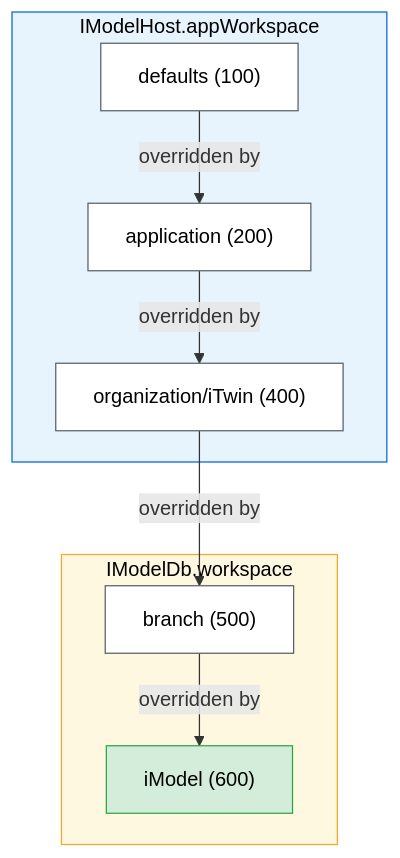
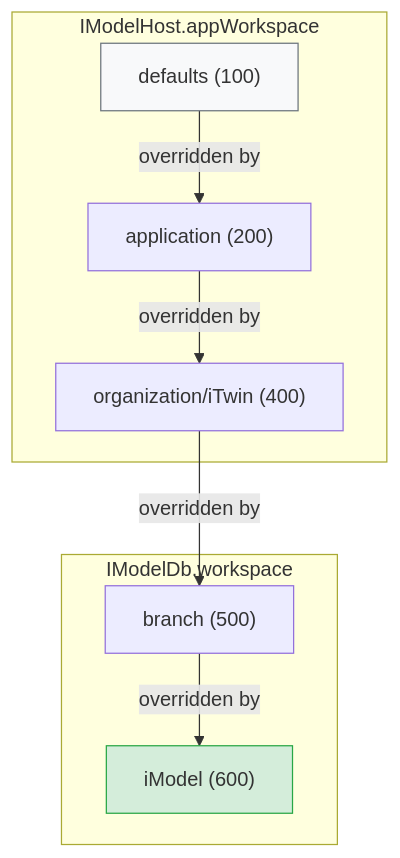
Before and after one commit to iTwin/itwinjs-core: the second of 2 diagrams in docs/learning/backend/WorkspacesAndSettings.md, drawn with Mermaid.

Commit message:
Fix scope layering wording and add rush change file
Clarify that getITwinWorkspace is independent from appWorkspace/IModelDb.workspace
priority stack, addressing reviewer feedback on conflicting table description.

````diff
--- a/docs/learning/backend/WorkspacesAndSettings.md
+++ b/docs/learning/backend/WorkspacesAndSettings.md
@@ -67,26 +67,21 @@
 ```mermaid
 graph TD
     subgraph AppWorkspace["IModelHost.appWorkspace"]
         D["defaults (100)"]
         A["application (200)"]
         O["organization/iTwin (400)"]
     end
 
     subgraph IModelWorkspace["IModelDb.workspace"]
         B["branch (500)"]
         M["iModel (600)"]
     end
 
     D -->|"overridden by"| A
     A -->|"overridden by"| O
     O -->|"overridden by"| B
     B -->|"overridden by"| M
 
-    style AppWorkspace fill:#e8f4fd,stroke:#0366d6,color:#000
-    style IModelWorkspace fill:#fff8e1,stroke:#f9a825,color:#000
-    style D fill:#ffffff,stroke:#586069,color:#000
-    style A fill:#ffffff,stroke:#586069,color:#000
-    style O fill:#ffffff,stroke:#586069,color:#000
-    style B fill:#ffffff,stroke:#586069,color:#000
-    style M fill:#d4edda,stroke:#28a745,color:#000
+    style M fill:#d4edda,stroke:#28a745
+    style D fill:#f8f9fa,stroke:#6c757d
 ```
````
